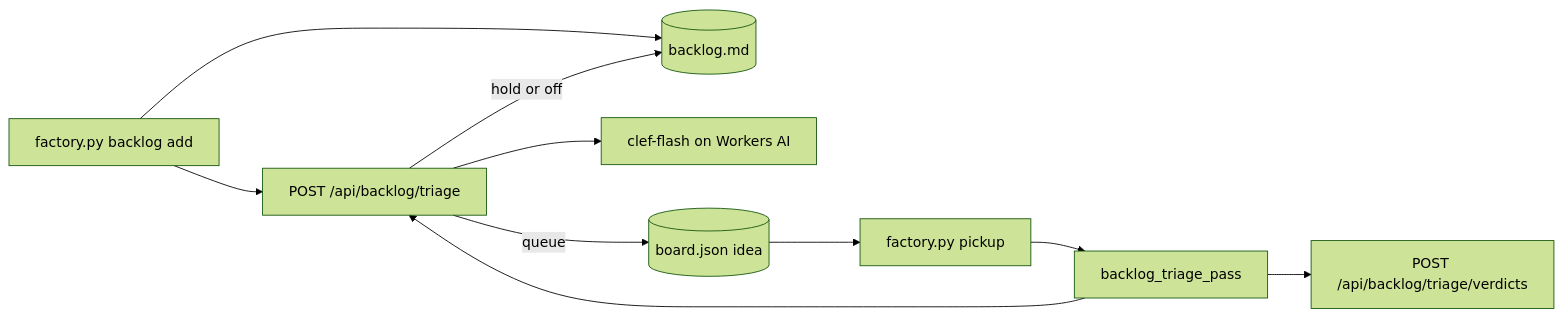
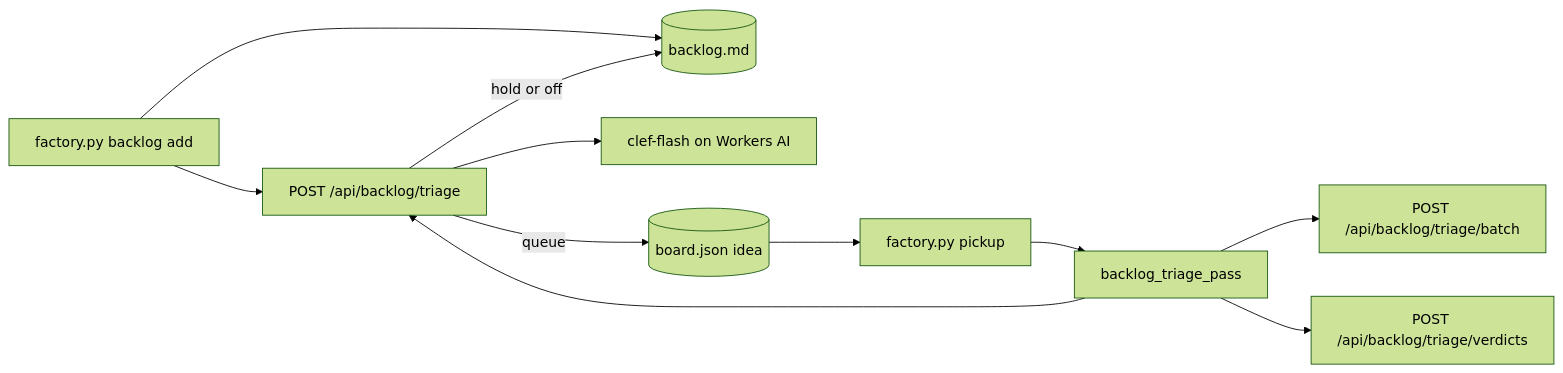
The fourth of 5 diagrams in docs/autonomy.md (superhussain/factory), drawn with Mermaid (forest theme) before and after one commit. The commit also changed other lines of this file, not shown here.

Commit message:
Document the batch triage route, its sweep order and fallback

````diff
--- a/docs/autonomy.md
+++ b/docs/autonomy.md
@@ -226,12 +226,13 @@
 ```mermaid
 flowchart LR
   A[factory.py backlog add] --> B[(backlog.md)]
   A --> W[POST /api/backlog/triage]
   W --> M[clef-flash on Workers AI]
   W -->|queue| I[(board.json idea)]
   W -->|hold or off| B
   I --> P[factory.py pickup]
   P[factory.py pickup] --> S[backlog_triage_pass]
   S --> W
+  S --> X[POST /api/backlog/triage/batch]
   S --> V[POST /api/backlog/triage/verdicts]
 ```
````
